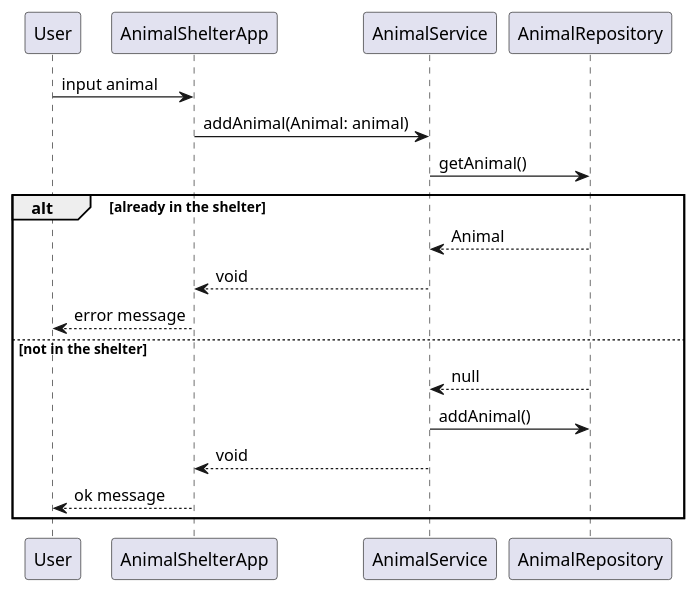
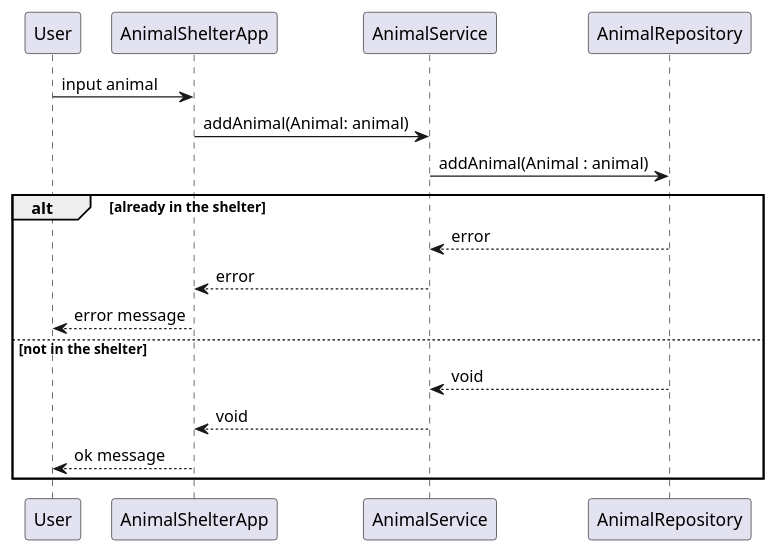
One commit to Hanagami3/Vaccination-Maxime changed the diagram in analysis/addAnimals/sequence_addAnimal.puml. Above: the diagram before and after it, drawn with PlantUML. The commit also changed 24 other files, not shown here.

```diff
--- a/analysis/addAnimals/sequence_addAnimal.puml
+++ b/analysis/addAnimals/sequence_addAnimal.puml
@@ -1,19 +1,19 @@
 @startuml
 
 User -> AnimalShelterApp : input animal
 AnimalShelterApp -> AnimalService : addAnimal(Animal: animal)
-AnimalService -> AnimalRepository : getAnimal()
+AnimalService -> AnimalRepository : addAnimal(Animal : animal)
 
 alt already in the shelter
-AnimalService <-- AnimalRepository : Animal
-AnimalShelterApp <-- AnimalService : void
+AnimalService <-- AnimalRepository : error
+AnimalShelterApp <-- AnimalService : error
 User <-- AnimalShelterApp : error message
 
 else not in the shelter
-AnimalService <-- AnimalRepository : null
-AnimalService -> AnimalRepository : addAnimal()
+
+AnimalService <-- AnimalRepository :  void
 AnimalShelterApp <-- AnimalService : void
 User <-- AnimalShelterApp : ok message
 
 end
 @enduml
```
